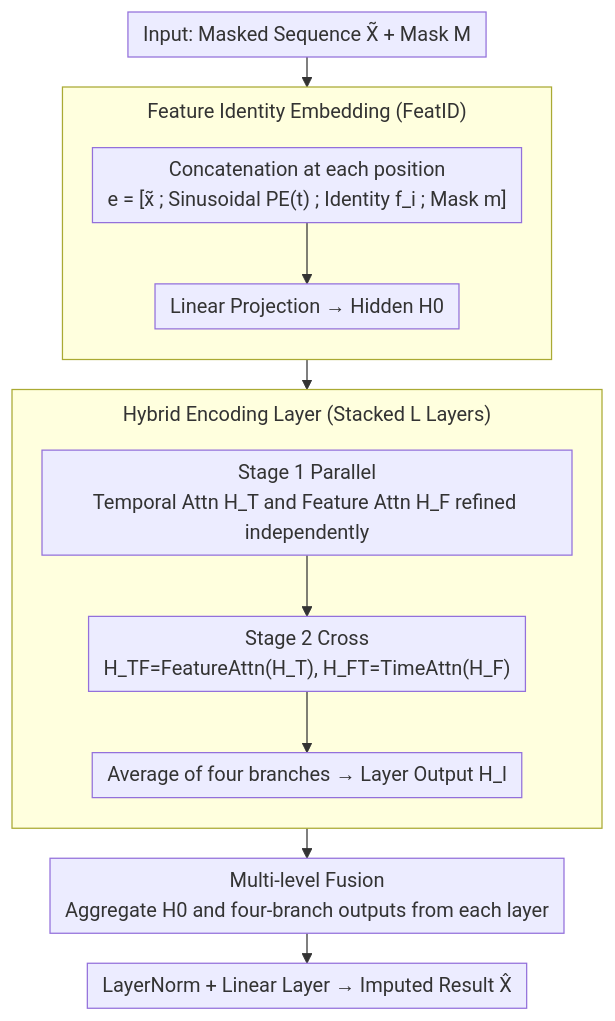
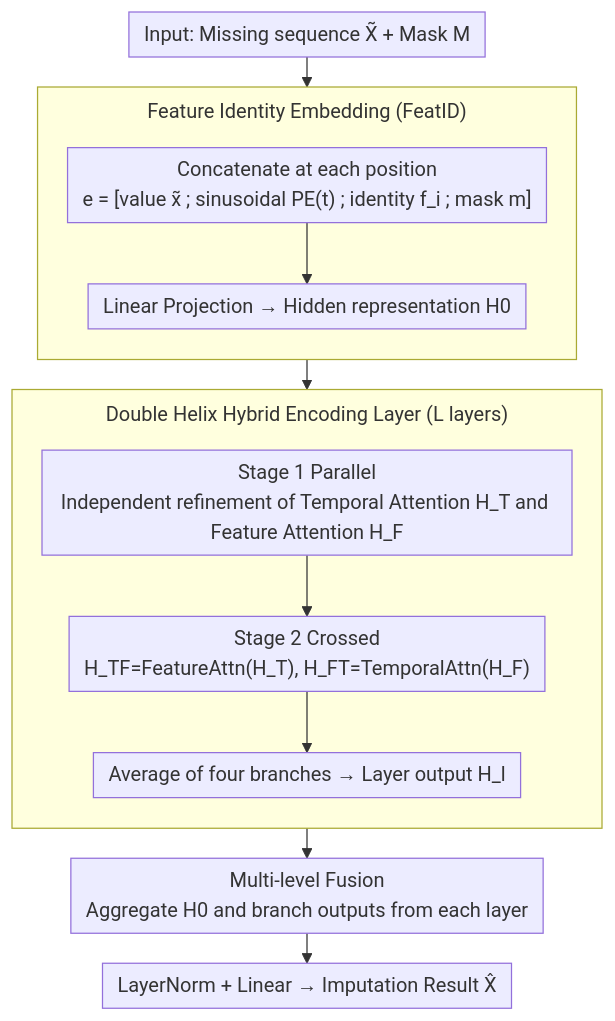
The diagram in docs/ICML2026/time_series/helix_hybrid_encoding_with_learnable_identity_and_cross-dimensional_synthesis_fo.md (zhaoyang97/Paper-Notes-en), drawn with Mermaid before and after one commit. The commit also changed other lines of this file and 5084 other files, not shown here.

````diff
--- a/docs/ICML2026/time_series/helix_hybrid_encoding_with_learnable_identity_and_cross-dimensional_synthesis_fo.md
+++ b/docs/ICML2026/time_series/helix_hybrid_encoding_with_learnable_identity_and_cross-dimensional_synthesis_fo.md
@@ -42,17 +42,17 @@
 ```mermaid
 %%{init: {'flowchart': {'rankSpacing': 24, 'nodeSpacing': 28, 'padding': 6, 'wrappingWidth': 400, 'subGraphTitleMargin': {'top': 8, 'bottom': 16}}}}%%
 flowchart TD
-    IN["Input: Masked Sequence X̃ + Mask M"] --> EMB
+    IN["Input: Missing sequence X̃ + Mask M"] --> EMB
     subgraph EMB["Feature Identity Embedding (FeatID)"]
         direction TB
-        E1["Concatenation at each position<br/>e = [x̃ ; Sinusoidal PE(t) ; Identity f_i ; Mask m]"] --> E2["Linear Projection → Hidden H0"]
+        E1["Concatenate at each position<br/>e = [value x̃ ; sinusoidal PE(t) ; identity f_i ; mask m]"] --> E2["Linear Projection → Hidden representation H0"]
     end
     EMB --> HL
-    subgraph HL["Hybrid Encoding Layer (Stacked L Layers)"]
+    subgraph HL["Double Helix Hybrid Encoding Layer (L layers)"]
         direction TB
-        S1["Stage 1 Parallel<br/>Temporal Attn H_T and Feature Attn H_F refined independently"] --> S2["Stage 2 Cross<br/>H_TF=FeatureAttn(H_T), H_FT=TimeAttn(H_F)"]
-        S2 --> AVG["Average of four branches → Layer Output H_l"]
+        S1["Stage 1 Parallel<br/>Independent refinement of Temporal Attention H_T and Feature Attention H_F"] --> S2["Stage 2 Crossed<br/>H_TF=FeatureAttn(H_T), H_FT=TemporalAttn(H_F)"]
+        S2 --> AVG["Average of four branches → Layer output H_l"]
     end
-    HL --> FUSE["Multi-level Fusion<br/>Aggregate H0 and four-branch outputs from each layer"]
-    FUSE --> OUT["LayerNorm + Linear Layer → Imputed Result X̂"]
+    HL --> FUSE["Multi-level Fusion<br/>Aggregate H0 and branch outputs from each layer"]
+    FUSE --> OUT["LayerNorm + Linear → Imputation Result X̂"]
 ```
````
